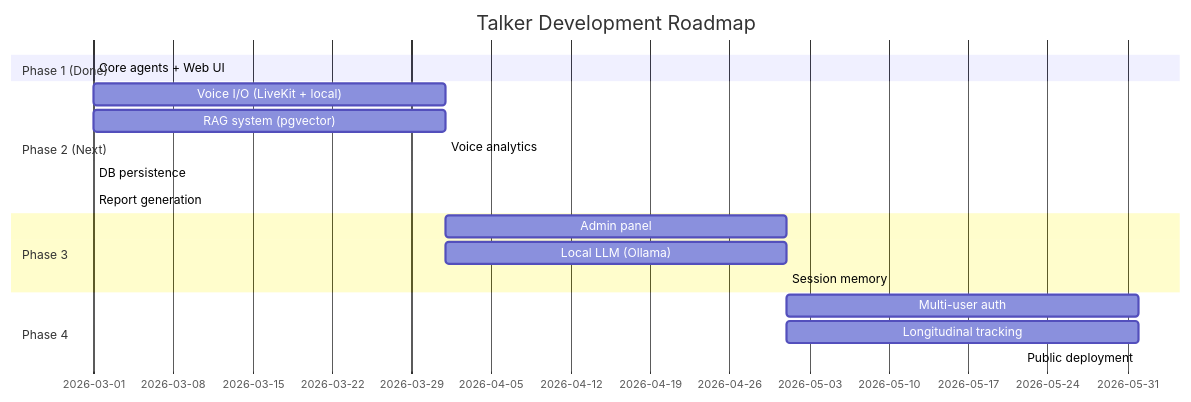
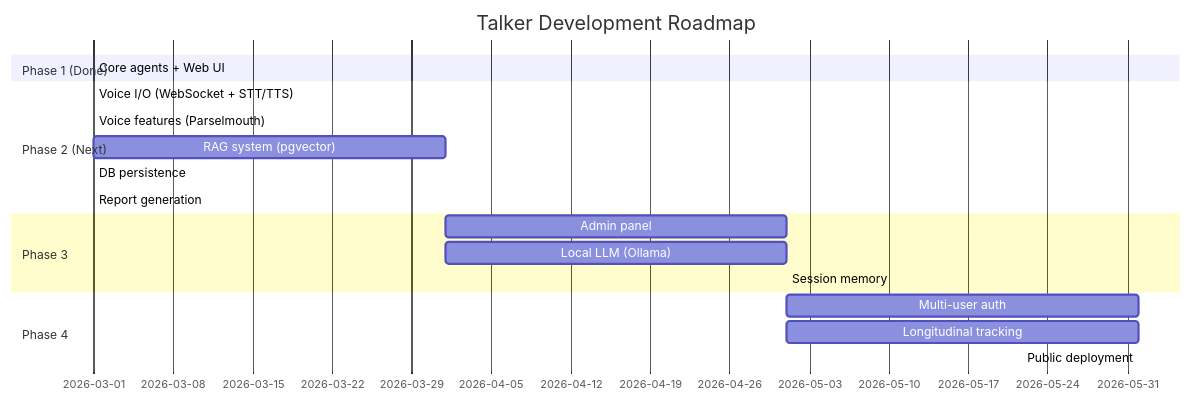
One commit to bodharma/talker changed diagram 11 of 11 in docs/architecture.md. Above: the diagram before and after it, drawn with Mermaid. The commit also changed other lines of this file, not shown here.

First line of the commit message:
docs: update architecture.md for completed voice I/O implementation

````diff
--- a/docs/architecture.md
+++ b/docs/architecture.md
@@ -436,21 +465,21 @@
 ```mermaid
 gantt
     title Talker Development Roadmap
     dateFormat YYYY-MM
     section Phase 1 (Done)
         Core agents + Web UI          :done, p1, 2026-03, 2026-03
     section Phase 2 (Next)
-        Voice I/O (LiveKit + local)   :p2a, 2026-03, 2026-04
+        Voice I/O (WebSocket + STT/TTS) :done, p2a, 2026-03, 2026-03
+        Voice features (Parselmouth)  :done, p2f, 2026-03, 2026-03
         RAG system (pgvector)         :p2b, 2026-03, 2026-04
-        Voice analytics               :p2c, 2026-04, 2026-04
         DB persistence                :done, p2d, 2026-03, 2026-03
         Report generation             :done, p2e, 2026-03, 2026-03
     section Phase 3
         Admin panel                   :p3a, 2026-04, 2026-05
         Local LLM (Ollama)            :p3b, 2026-04, 2026-05
         Session memory                :p3c, 2026-05, 2026-05
     section Phase 4
         Multi-user auth               :p4a, 2026-05, 2026-06
         Longitudinal tracking         :p4b, 2026-05, 2026-06
         Public deployment             :p4c, 2026-06, 2026-06
 ```
````
